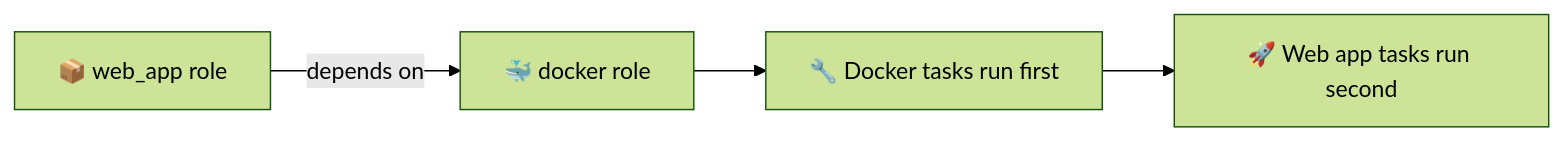
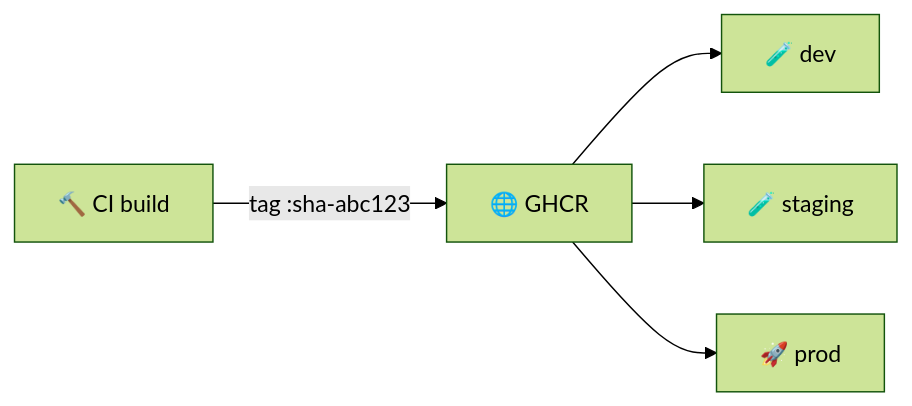
One commit to inno-devops-labs/DevOps-Core-Course changed the fourth of 7 diagrams in lectures/lec6.md. Above: the diagram before and after it, drawn with Mermaid (forest theme). The commit also changed other lines of this file and 24 other files, not shown here.

````diff
--- a/lectures/lec6.md
+++ b/lectures/lec6.md
@@ -444,6 +352,7 @@
 ```mermaid
 flowchart LR
-  WebApp[📦 web_app role] -->|depends on| Docker[🐳 docker role]
-  Docker --> Tasks[🔧 Docker tasks run first]
-  Tasks --> WebAppTasks[🚀 Web app tasks run second]
+  Build[🔨 CI build] -->|tag :sha-abc123| Registry[🌐 GHCR]
+  Registry --> Dev[🧪 dev]
+  Registry --> Stg[🧪 staging]
+  Registry --> Prod[🚀 prod]
 ```
````
